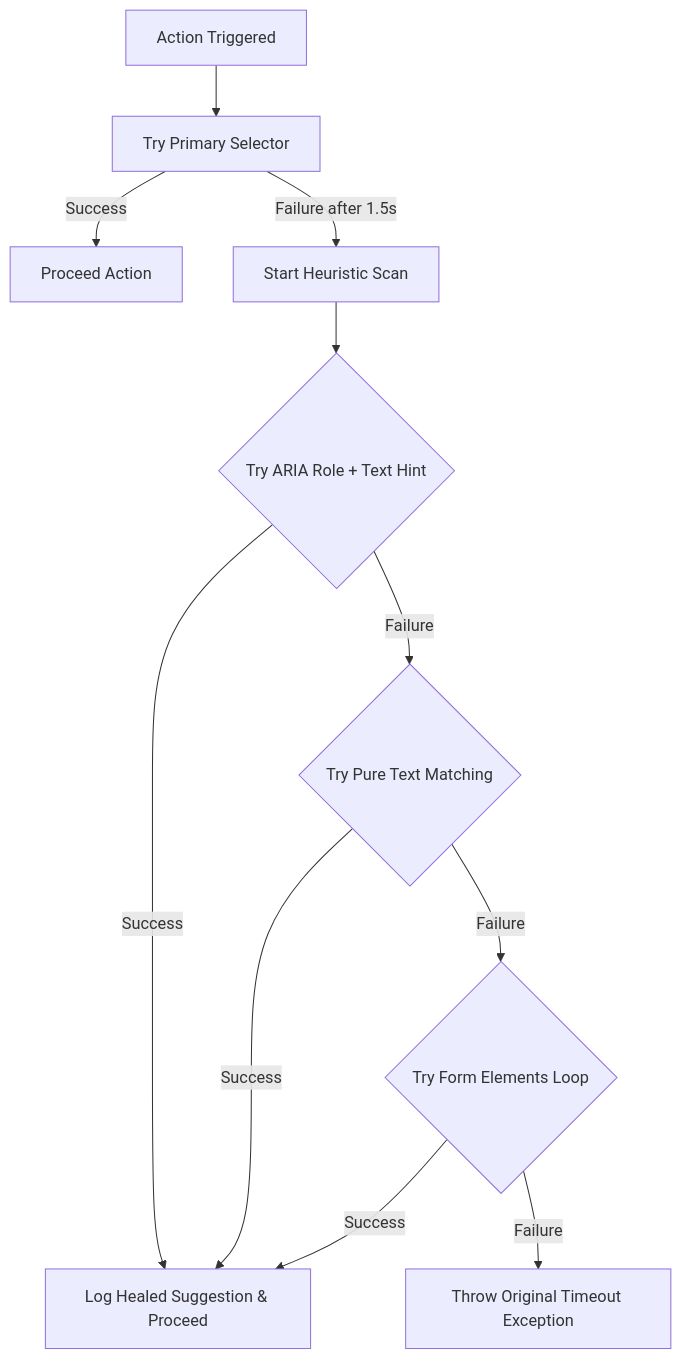
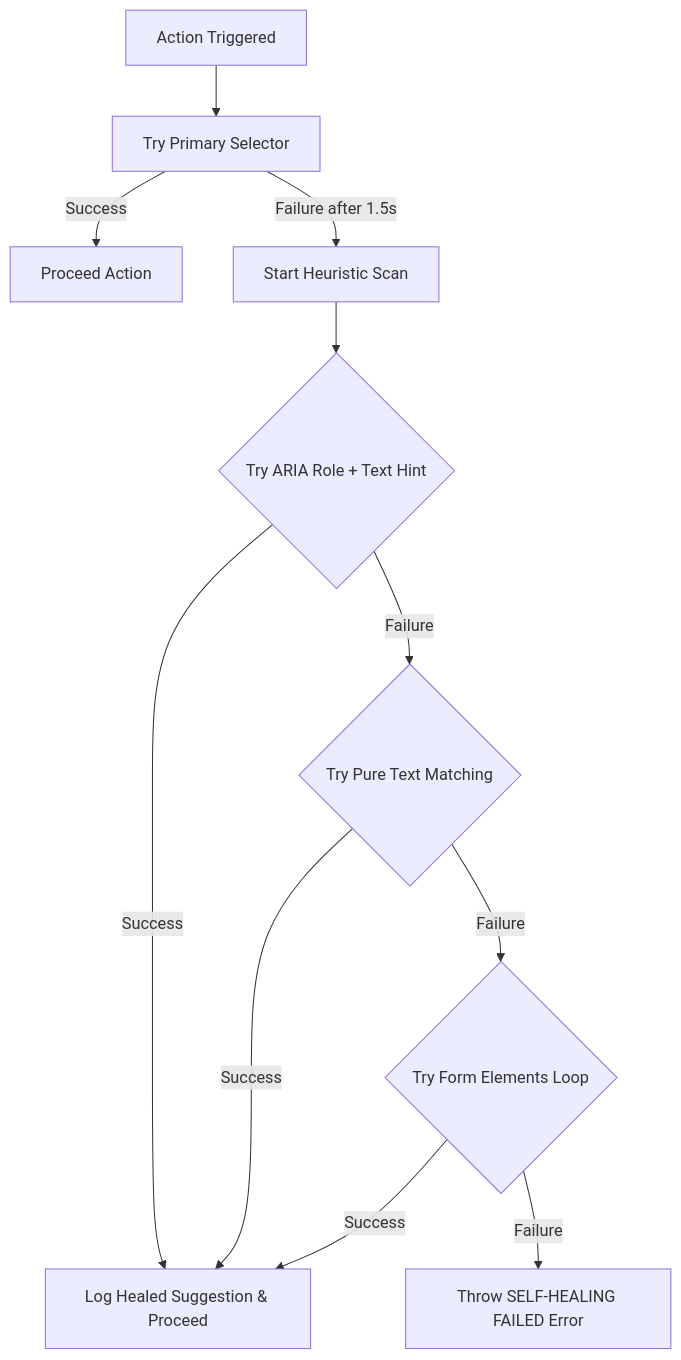
One commit to lkindo/egov-enterprise changed the diagram in docs/03-guides/e2e-self-healing-guide.md. Above: the diagram before and after it, drawn with Mermaid. The commit also changed other lines of this file and 21 other files, not shown here.

````diff
--- a/docs/03-guides/e2e-self-healing-guide.md
+++ b/docs/03-guides/e2e-self-healing-guide.md
@@ -20,13 +22,13 @@
 ```mermaid
 graph TD
     A[Action Triggered] --> B[Try Primary Selector]
     B -- Success --> C[Proceed Action]
     B -- Failure after 1.5s --> D[Start Heuristic Scan]
     D --> E{Try ARIA Role + Text Hint}
     E -- Success --> F[Log Healed Suggestion & Proceed]
     E -- Failure --> G{Try Pure Text Matching}
     G -- Success --> F
     G -- Failure --> H{Try Form Elements Loop}
     H -- Success --> F
-    H -- Failure --> I[Throw Original Timeout Exception]
+    H -- Failure --> I[Throw SELF-HEALING FAILED Error]
 ```
````
